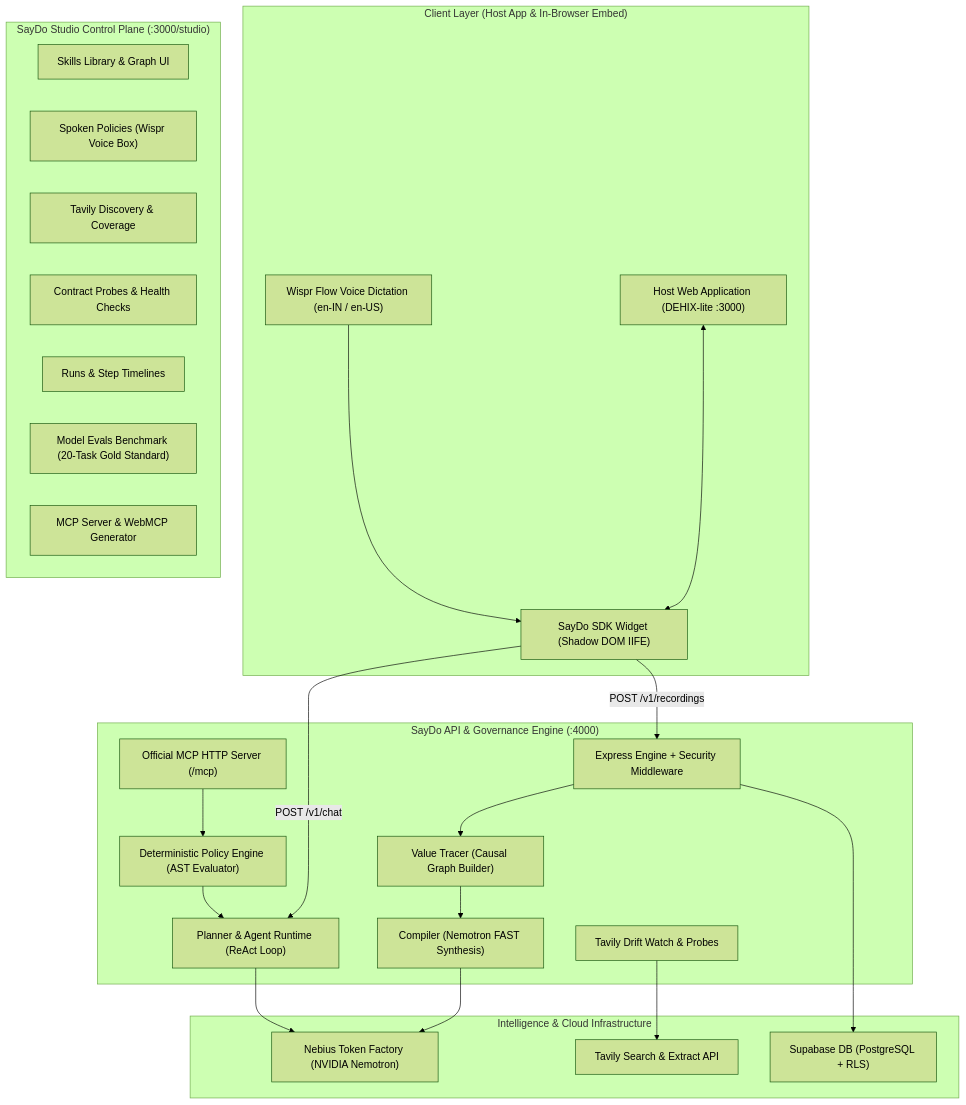
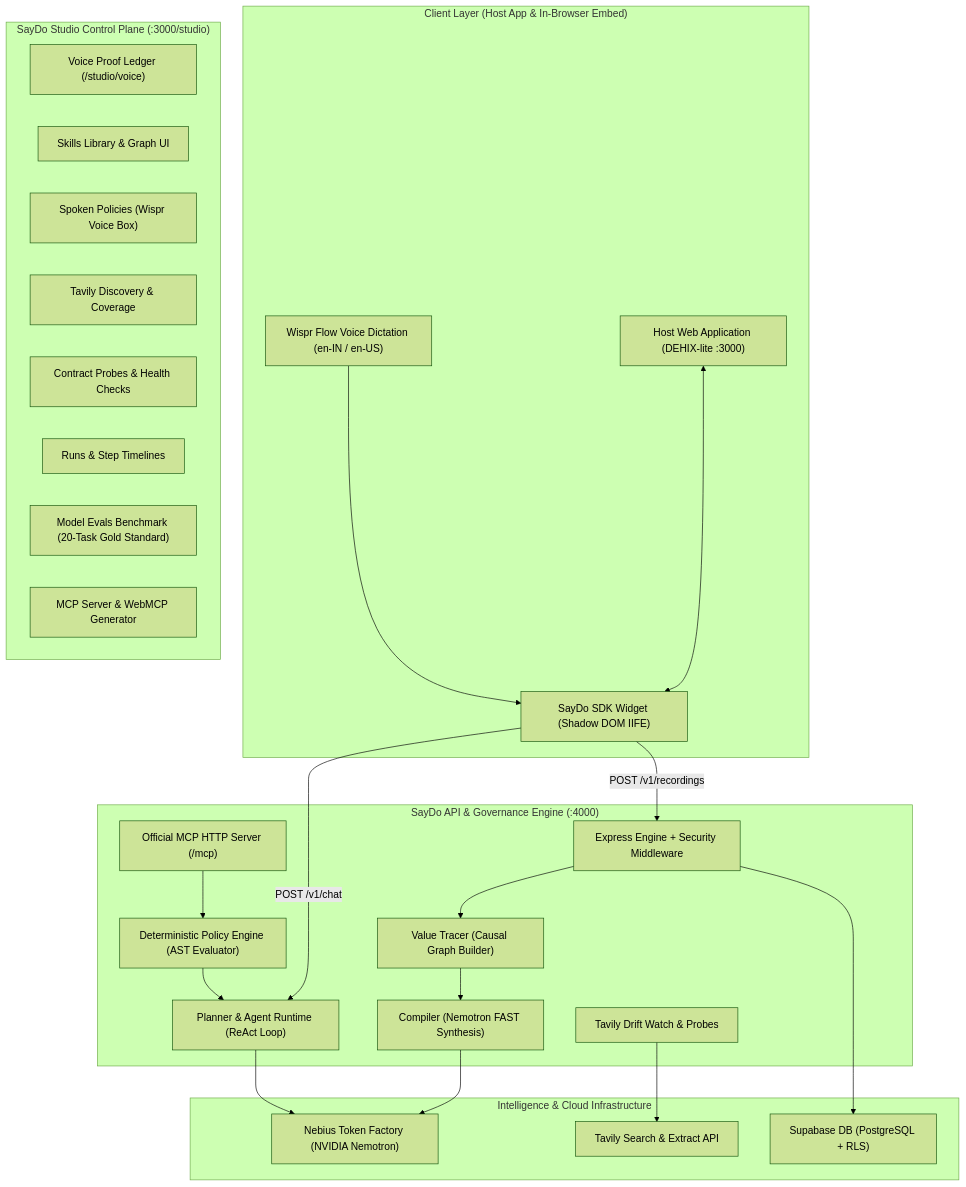
Before and after one commit to arpit2222/saydo-wispr: the diagram in README.md, drawn with Mermaid (forest theme). The commit also changed other lines of this file, not shown here.

Commit message:
docs(w5): update README with Wispr challenge banner, 4 scoring criteria, voice ledger table, proof links, and submission text

````diff
--- a/README.md
+++ b/README.md
@@ -86,46 +117,47 @@
 ```mermaid
 flowchart TD
     subgraph Client ["Client Layer (Host App & In-Browser Embed)"]
         HostApp["Host Web Application (DEHIX-lite :3000)"]
         SDK["SayDo SDK Widget (Shadow DOM IIFE)"]
         Wispr["Wispr Flow Voice Dictation (en-IN / en-US)"]
         HostApp <--> SDK
         Wispr --> SDK
     end
 
     subgraph Studio ["SayDo Studio Control Plane (:3000/studio)"]
+        VoiceUI["Voice Proof Ledger (/studio/voice)"]
         SkillsLib["Skills Library & Graph UI"]
         PoliciesUI["Spoken Policies (Wispr Voice Box)"]
         DiscoverUI["Tavily Discovery & Coverage"]
         HealthUI["Contract Probes & Health Checks"]
         RunsUI["Runs & Step Timelines"]
         EvalsUI["Model Evals Benchmark (20-Task Gold Standard)"]
         IntegrationsUI["MCP Server & WebMCP Generator"]
     end
 
     subgraph Engine ["SayDo API & Governance Engine (:4000)"]
         API["Express Engine + Security Middleware"]
         Tracer["Value Tracer (Causal Graph Builder)"]
         Compiler["Compiler (Nemotron FAST Synthesis)"]
         PolicyEngine["Deterministic Policy Engine (AST Evaluator)"]
         AgentRuntime["Planner & Agent Runtime (ReAct Loop)"]
         DriftWatch["Tavily Drift Watch & Probes"]
         MCPServer["Official MCP HTTP Server (/mcp)"]
     end
 
     subgraph External ["Intelligence & Cloud Infrastructure"]
         Nebius["Nebius Token Factory (NVIDIA Nemotron)"]
         Tavily["Tavily Search & Extract API"]
         Supabase["Supabase DB (PostgreSQL + RLS)"]
     end
 
     SDK -- "POST /v1/recordings" --> API
     SDK -- "POST /v1/chat" --> AgentRuntime
     API --> Tracer --> Compiler
     Compiler --> Nebius
     PolicyEngine --> AgentRuntime
     DriftWatch --> Tavily
     MCPServer --> PolicyEngine
     AgentRuntime --> Nebius
     API --> Supabase
 ```
````
